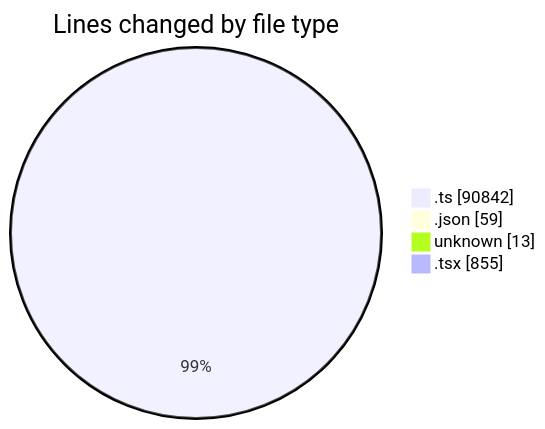
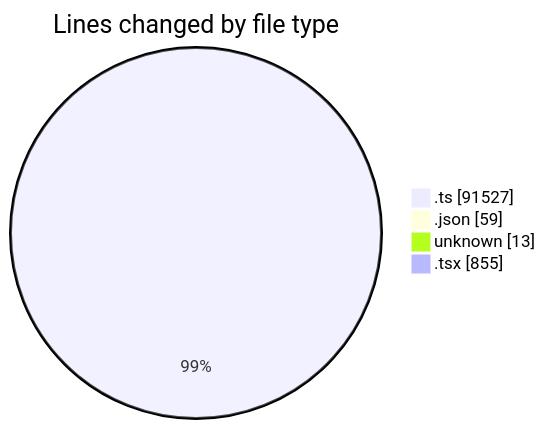
The first of 2 diagrams in 2025-09-09/cda/README.md (momahboobian/code-tracking), drawn with Mermaid before and after one commit. The commit also changed other lines of this file and 1 other file, not shown here.

````diff
--- a/2025-09-09/cda/README.md
+++ b/2025-09-09/cda/README.md
@@ -133,8 +133,8 @@
 ```mermaid
 pie showData
 title Lines changed by file type
-".ts" : 90842
+".ts" : 91527
 ".json" : 59
 "unknown" : 13
 ".tsx" : 855
 ```
````
